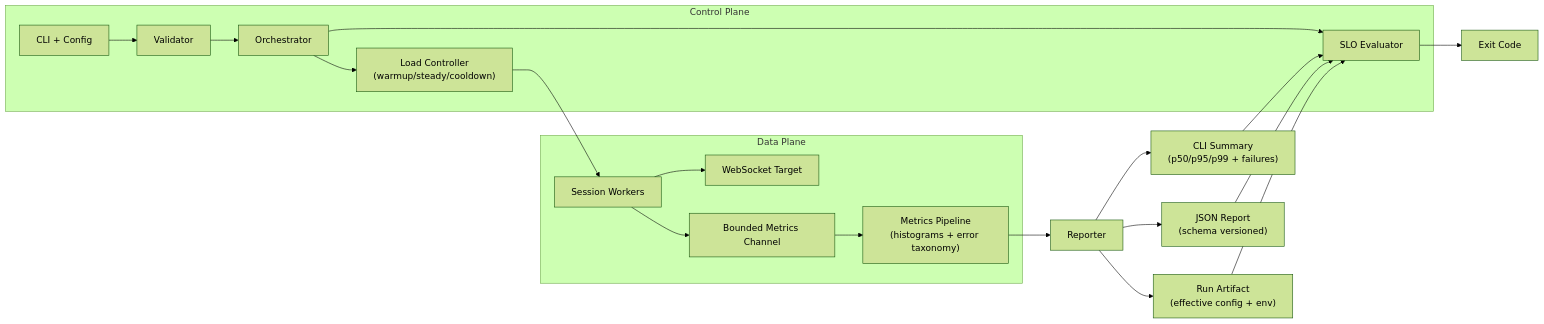
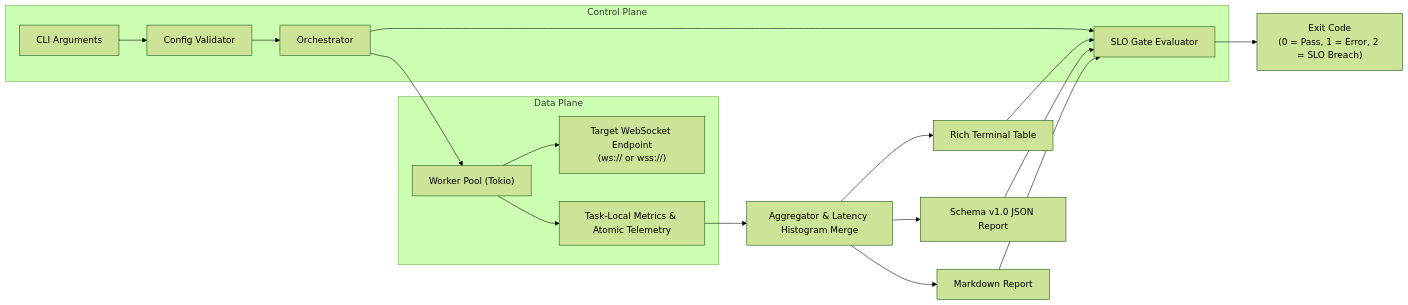
One commit to jephter-olamiposi/wsblast changed the diagram in README.md. Above: the diagram before and after it, drawn with Mermaid (forest theme). The commit also changed other lines of this file and 21 other files, not shown here.

````diff
--- a/README.md
+++ b/README.md
@@ -17,25 +24,23 @@
 ```mermaid
 flowchart LR
-    subgraph CP["Control Plane"]
-        A["CLI + Config"] --> B["Validator"]
+    subgraph ControlPlane["Control Plane"]
+        A["CLI Arguments"] --> B["Config Validator"]
         B --> C["Orchestrator"]
-        C --> D["Load Controller\n(warmup/steady/cooldown)"]
-        C --> E["SLO Evaluator"]
+        C --> D["SLO Gate Evaluator"]
     end
 
-    subgraph DP["Data Plane"]
-        D --> F["Session Workers"]
-        F --> G["WebSocket Target"]
-        F --> H["Bounded Metrics Channel"]
-        H --> I["Metrics Pipeline\n(histograms + error taxonomy)"]
+    subgraph DataPlane["Data Plane"]
+        C --> E["Worker Pool (Tokio)"]
+        E --> F["Target WebSocket Endpoint\n(ws:// or wss://)"]
+        E --> G["Task-Local Metrics & Atomic Telemetry"]
     end
 
-    I --> J["Reporter"]
-    J --> K["CLI Summary\n(p50/p95/p99 + failures)"]
-    J --> L["JSON Report\n(schema versioned)"]
-    J --> M["Run Artifact\n(effective config + env)"]
-    K --> E
-    L --> E
-    M --> E
-    E --> N["Exit Code"]
+    G --> H["Aggregator & Latency Histogram Merge"]
+    H --> I["Rich Terminal Table"]
+    H --> J["Schema v1.0 JSON Report"]
+    H --> K["Markdown Report"]
+    I --> D
+    J --> D
+    K --> D
+    D --> L["Exit Code\n(0 = Pass, 1 = Error, 2 = SLO Breach)"]
 ```
````
